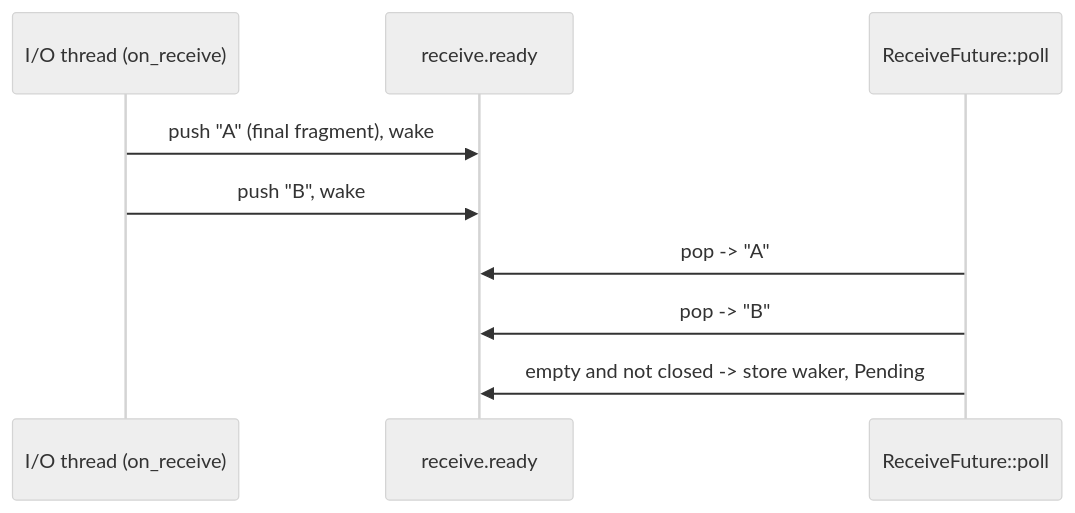
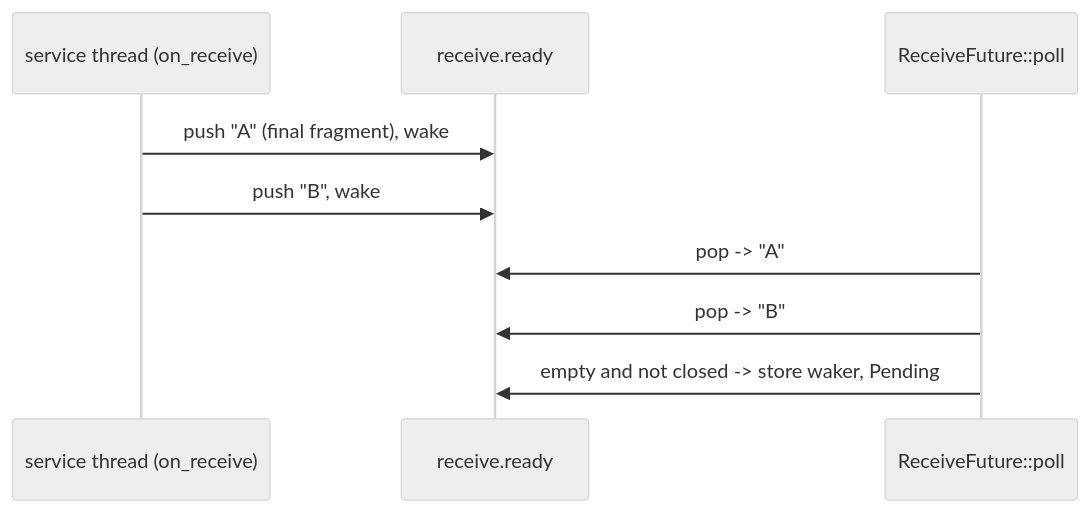
One commit to bts164/coro changed the fourth of 4 diagrams in doc/design/websocket_stream.md. Above: the diagram before and after it, drawn with Mermaid (neutral theme). The commit also changed other lines of this file and 13 other files, not shown here.

First line of the commit message:
Run libwebsockets on its own service thread

````diff
--- a/doc/design/websocket_stream.md
+++ b/doc/design/websocket_stream.md
@@ -432,11 +310,11 @@
 ```mermaid
 sequenceDiagram
-    participant IO as I/O thread (on_receive)
+    participant IO as service thread (on_receive)
     participant Q as receive.ready
     participant App as ReceiveFuture::poll
     IO->>Q: push "A" (final fragment), wake
     IO->>Q: push "B", wake
     App->>Q: pop -> "A"
     App->>Q: pop -> "B"
     App->>Q: empty and not closed -> store waker, Pending
 ```
````
